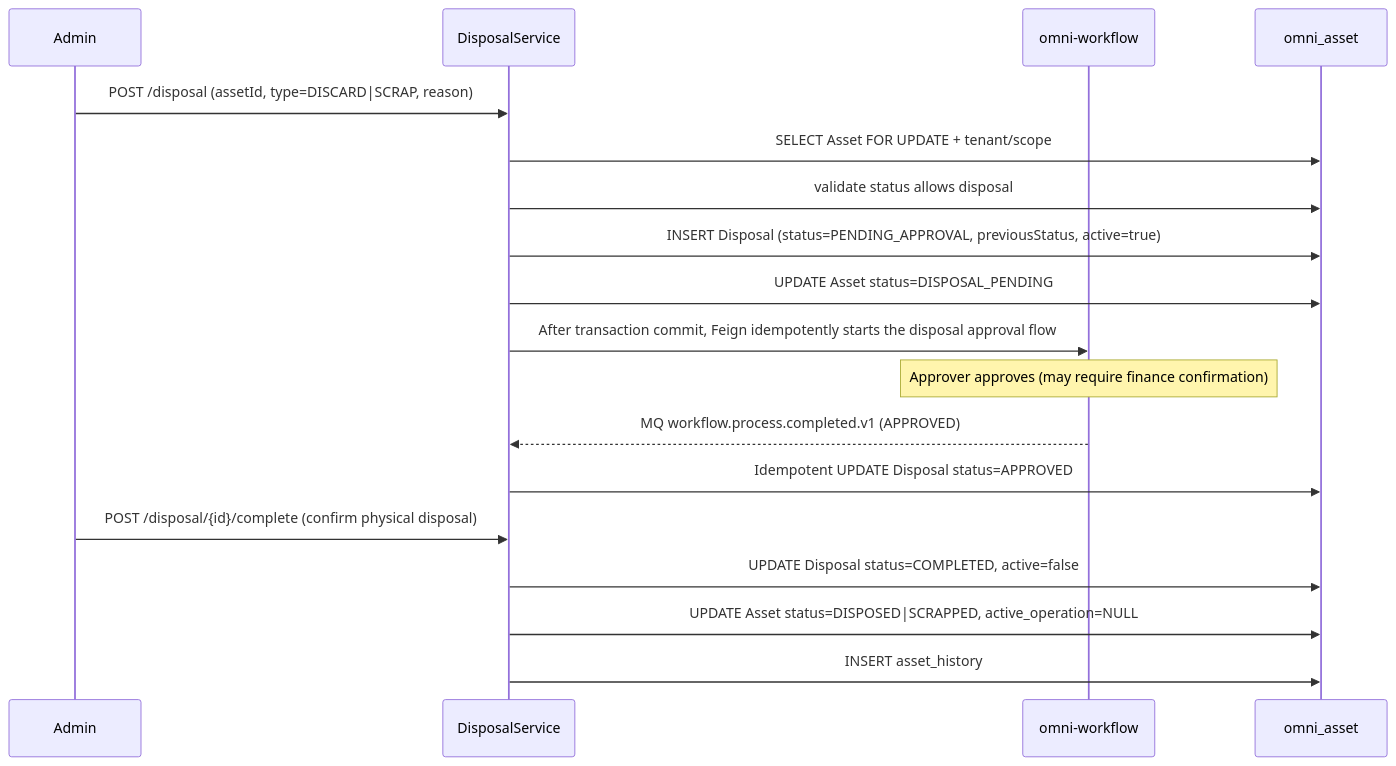
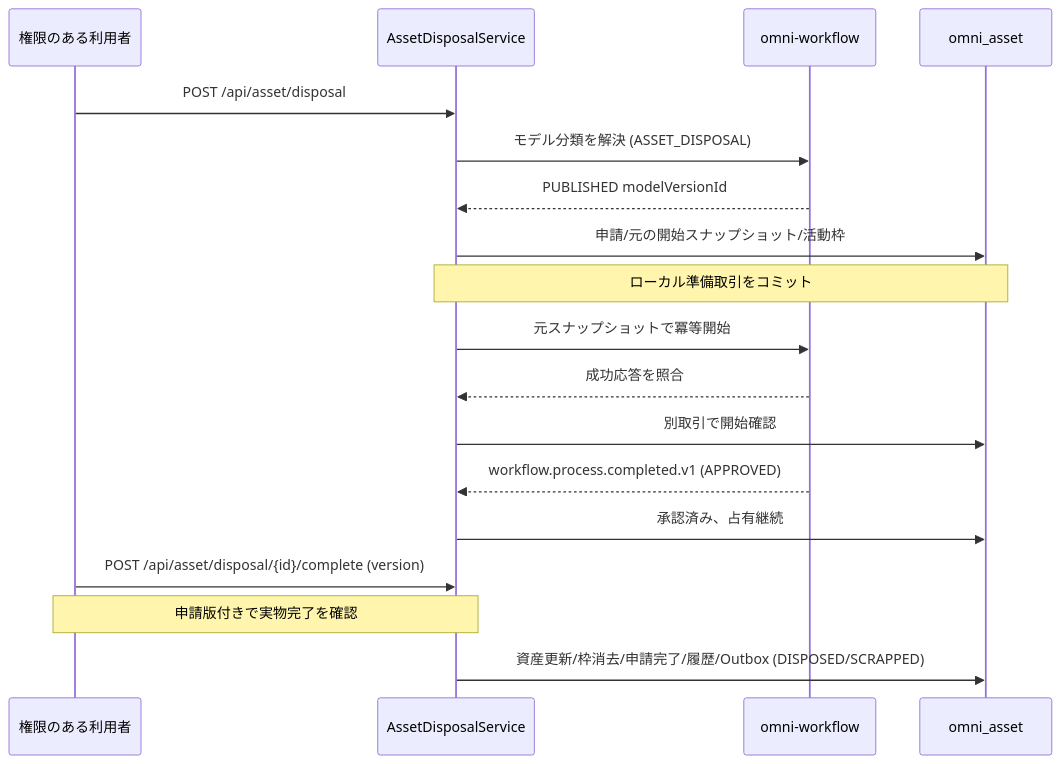
Before and after one commit to wang-baohai/Omni-Stack: the sixth of 6 diagrams in docs/design/asset-design.jp.md, drawn with Mermaid. The commit also changed other lines of this file and 1095 other files, not shown here.

````diff
--- a/docs/design/asset-design.jp.md
+++ b/docs/design/asset-design.jp.md
@@ -290,23 +281,20 @@
 ```mermaid
 sequenceDiagram
-    participant M as Admin
-    participant S as DisposalService
+    participant M as 権限のある利用者
+    participant S as AssetDisposalService
     participant WF as omni-workflow
     participant DB as omni_asset
-
-    M->>S: POST /disposal (assetId, type=DISCARD|SCRAP, reason)
-    S->>DB: SELECT Asset FOR UPDATE + tenant/scope
-    S->>DB: validate status allows disposal
-    S->>DB: INSERT Disposal (status=PENDING_APPROVAL, previousStatus, active=true)
-    S->>DB: UPDATE Asset status=DISPOSAL_PENDING
-    S->>WF: After transaction commit, Feign idempotently starts the disposal approval flow
-
-    Note over WF: Approver approves (may require finance confirmation)
-
-    WF-->>S: MQ workflow.process.completed.v1 (APPROVED)
-    S->>DB: Idempotent UPDATE Disposal status=APPROVED
-    M->>S: POST /disposal/{id}/complete (confirm physical disposal)
-    S->>DB: UPDATE Disposal status=COMPLETED, active=false
-    S->>DB: UPDATE Asset status=DISPOSED|SCRAPPED, active_operation=NULL
-    S->>DB: INSERT asset_history
+    M->>S: POST /api/asset/disposal
+    S->>WF: モデル分類を解決 (ASSET_DISPOSAL)
+    WF-->>S: PUBLISHED modelVersionId
+    S->>DB: 申請/元の開始スナップショット/活動枠
+    Note over S,DB: ローカル準備取引をコミット
+    S->>WF: 元スナップショットで冪等開始
+    WF-->>S: 成功応答を照合
+    S->>DB: 別取引で開始確認
+    WF-->>S: workflow.process.completed.v1 (APPROVED)
+    S->>DB: 承認済み、占有継続
+    M->>S: POST /api/asset/disposal/{id}/complete (version)
+    Note over M,S: 申請版付きで実物完了を確認
+    S->>DB: 資産更新/枠消去/申請完了/履歴/Outbox (DISPOSED/SCRAPPED)
 ```
````
